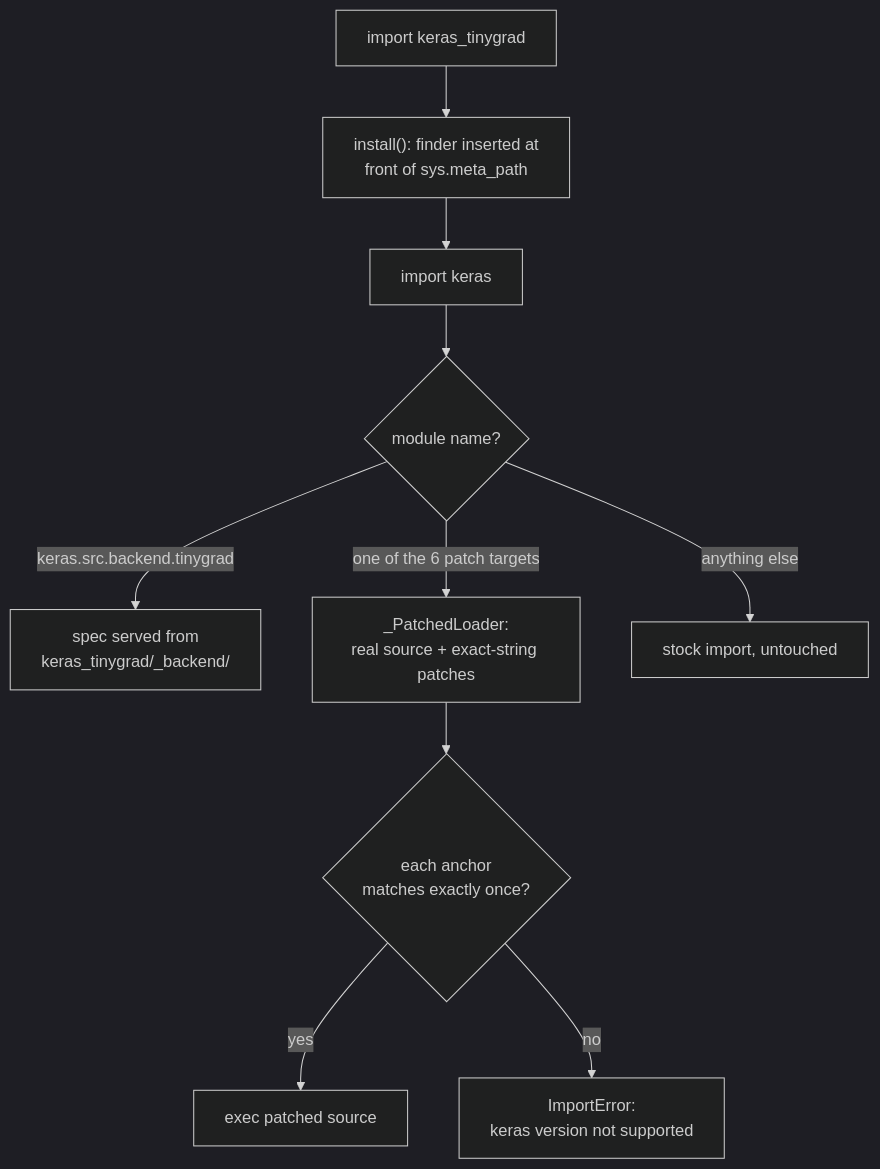
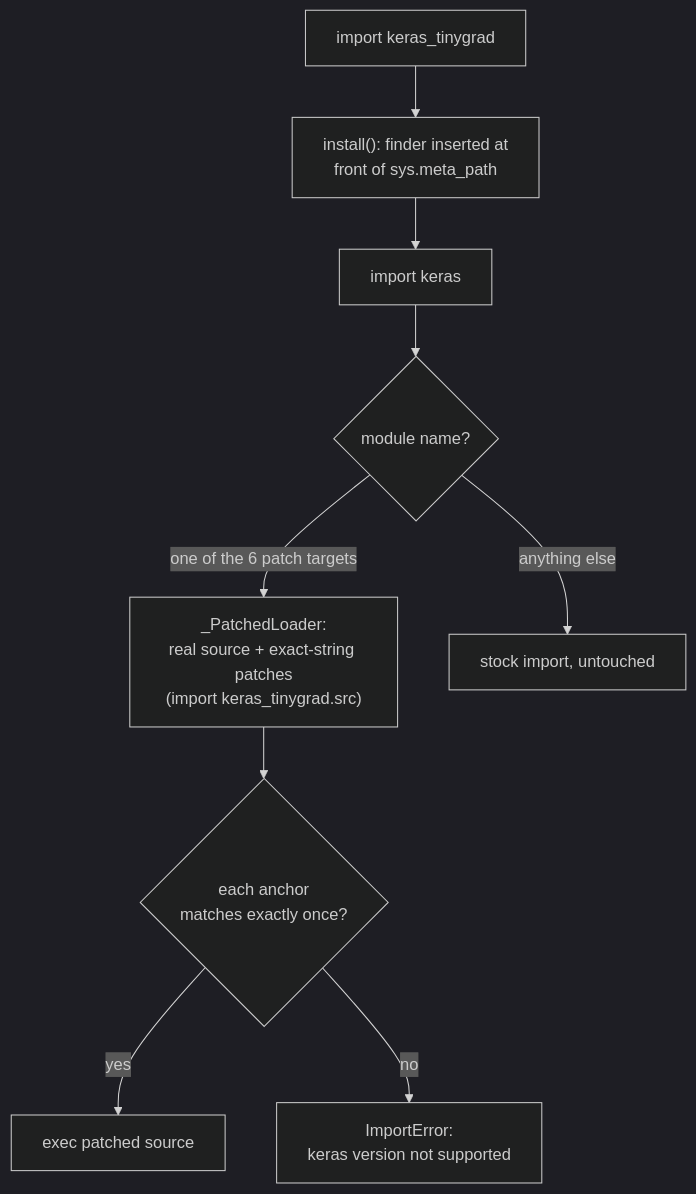
The diagram in docs/how-it-works.md (c4ffein/keras-tinygrad), drawn with Mermaid (dark theme) before and after one commit. The commit also changed other lines of this file and 43 other files, not shown here.

````diff
--- a/docs/how-it-works.md
+++ b/docs/how-it-works.md
@@ -27,12 +31,11 @@
 ```mermaid
 flowchart TD
     A["import keras_tinygrad"] --> B["install(): finder inserted at<br/>front of sys.meta_path"]
     B --> C["import keras"]
     C --> D{module name?}
-    D -- "keras.src.backend.tinygrad" --> E["spec served from<br/>keras_tinygrad/_backend/"]
-    D -- "one of the 6 patch targets" --> F["_PatchedLoader:<br/>real source + exact-string patches"]
+    D -- "one of the 6 patch targets" --> F["_PatchedLoader:<br/>real source + exact-string patches<br/>(import keras_tinygrad.src)"]
     F --> G{each anchor<br/>matches exactly once?}
     G -- yes --> H["exec patched source"]
     G -- no --> I["ImportError:<br/>keras version not supported"]
     D -- "anything else" --> J["stock import, untouched"]
 ```
````
